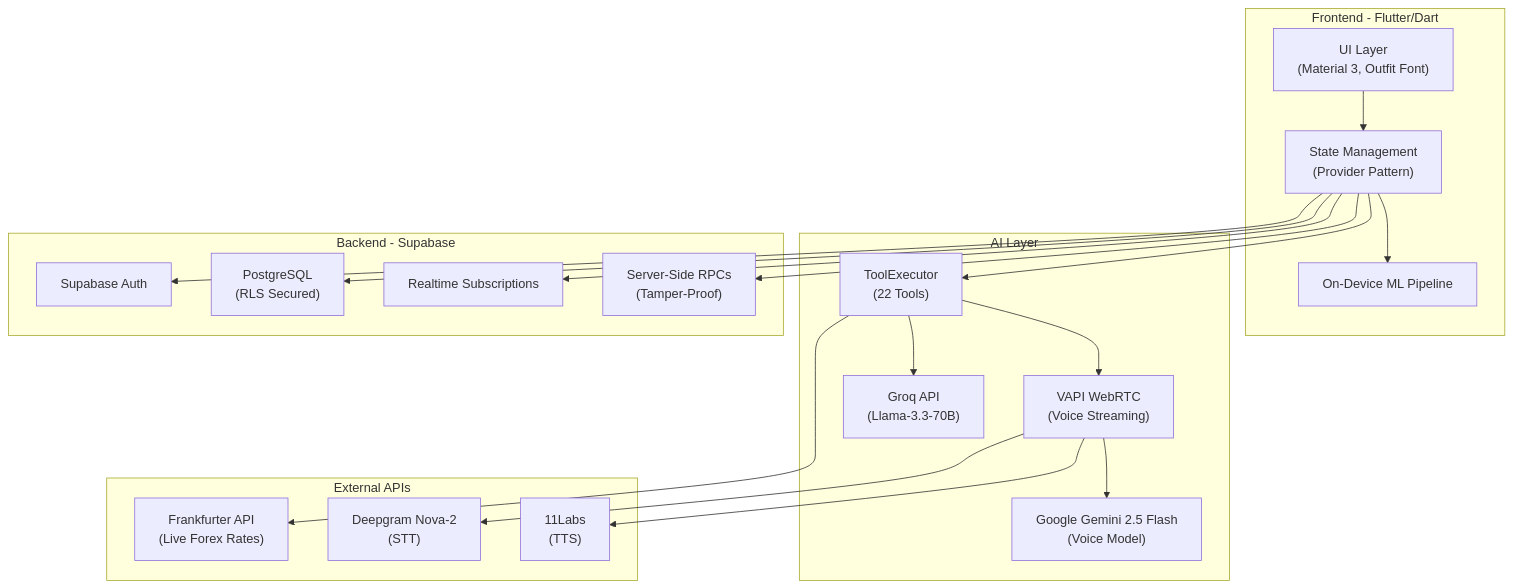
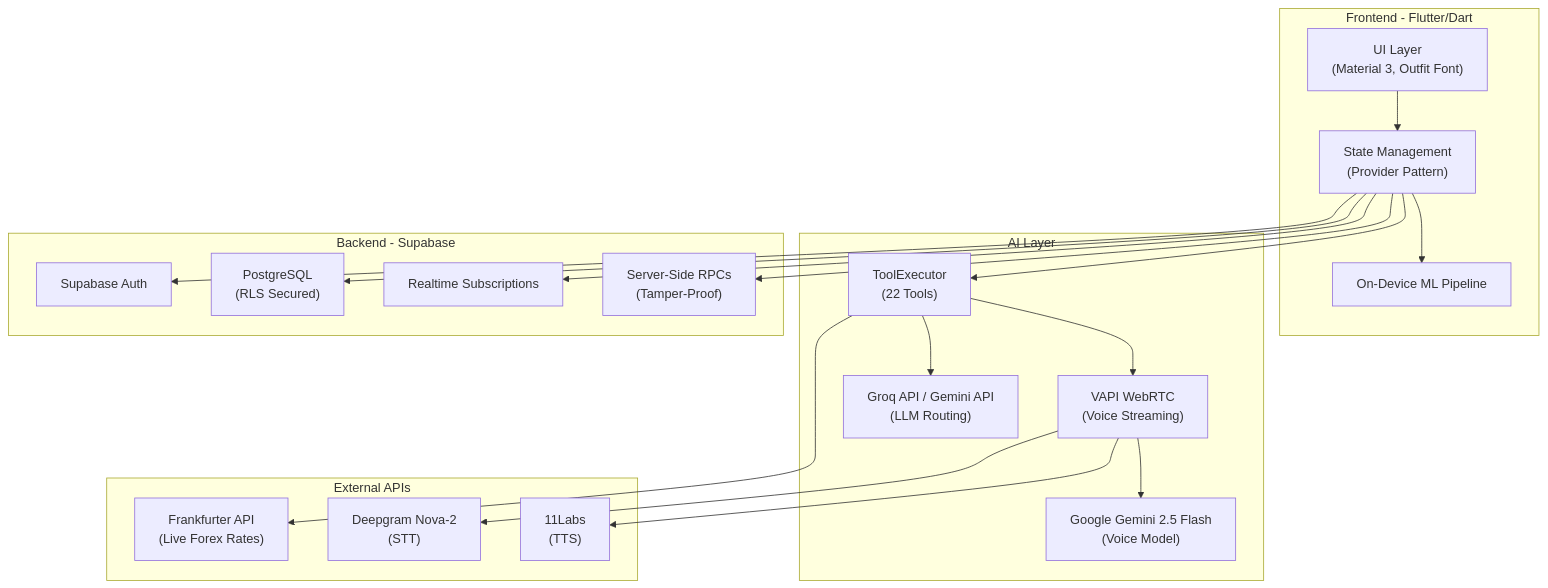
The diagram in README.md (murugnn/expensoAI), drawn with Mermaid before and after one commit. The commit also changed other lines of this file and 13 other files, not shown here.

````diff
--- a/README.md
+++ b/README.md
@@ -38,42 +38,42 @@
 ```mermaid
 graph TB
     subgraph "Frontend - Flutter/Dart"
         UI["UI Layer<br/>(Material 3, Outfit Font)"]
         Providers["State Management<br/>(Provider Pattern)"]
         ML["On-Device ML Pipeline"]
     end
 
     subgraph "AI Layer"
         VAPI["VAPI WebRTC<br/>(Voice Streaming)"]
-        Groq["Groq API<br/>(Llama-3.3-70B)"]
+        Groq["Groq API / Gemini API<br/>(LLM Routing)"]
         Gemini["Google Gemini 2.5 Flash<br/>(Voice Model)"]
         TE["ToolExecutor<br/>(22 Tools)"]
     end
 
     subgraph "Backend - Supabase"
         Auth["Supabase Auth"]
         DB["PostgreSQL<br/>(RLS Secured)"]
         RT["Realtime Subscriptions"]
         RPC["Server-Side RPCs<br/>(Tamper-Proof)"]
     end
 
     subgraph "External APIs"
         FF["Frankfurter API<br/>(Live Forex Rates)"]
         DG["Deepgram Nova-2<br/>(STT)"]
         EL["11Labs<br/>(TTS)"]
     end
 
     UI --> Providers
     Providers --> ML
     Providers --> TE
     TE --> Groq
     TE --> VAPI
     VAPI --> Gemini
     VAPI --> DG
     VAPI --> EL
     TE --> FF
     Providers --> DB
     Providers --> Auth
     Providers --> RT
     Providers --> RPC
 ```
````
